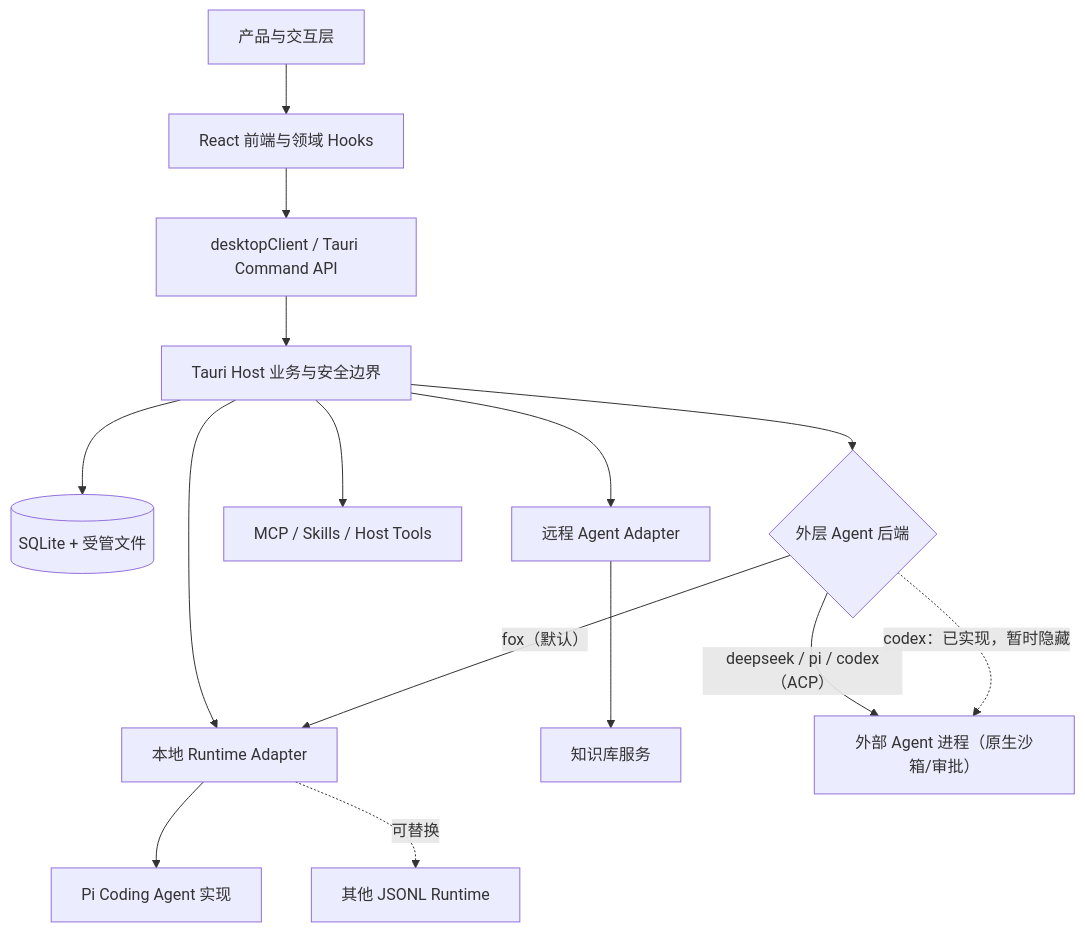
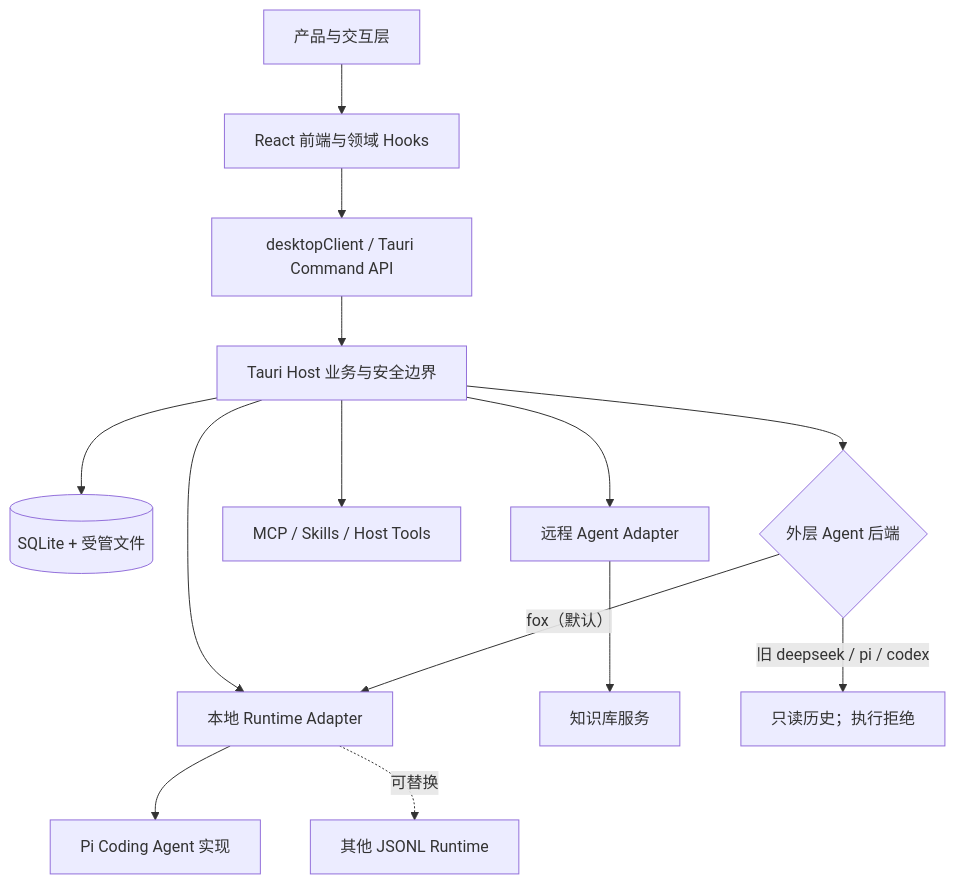
One commit to Hry1729/Fox-Agent changed the diagram in docs/02-架构/架构文档导航.md. Above: the diagram before and after it, drawn with Mermaid. The commit also changed other lines of this file and 95 other files, not shown here.

````diff
--- a/docs/02-架构/架构文档导航.md
+++ b/docs/02-架构/架构文档导航.md
@@ -14,17 +14,16 @@
 ```mermaid
 flowchart TB
     PRODUCT["产品与交互层"] --> FE["React 前端与领域 Hooks"]
     FE --> API["desktopClient / Tauri Command API"]
     API --> HOST["Tauri Host 业务与安全边界"]
     HOST --> DATA[("SQLite + 受管文件")]
     HOST --> LOCAL["本地 Runtime Adapter"]
     HOST --> REMOTE["远程 Agent Adapter"]
     LOCAL --> PI["Pi Coding Agent 实现"]
     LOCAL -. "可替换" .-> OTHER["其他 JSONL Runtime"]
     REMOTE --> KB["知识库服务"]
     HOST --> MCP["MCP / Skills / Host Tools"]
     HOST --> ROUTE{"外层 Agent 后端"}
     ROUTE -->|"fox（默认）"| LOCAL
-    ROUTE -->|"deepseek / pi / codex（ACP）"| EXT["外部 Agent 进程（原生沙箱/审批）"]
-    ROUTE -. "codex：已实现，暂时隐藏" .-> EXT
+    ROUTE -->|"旧 deepseek / pi / codex"| EXT["只读历史；执行拒绝"]
 ```
````
